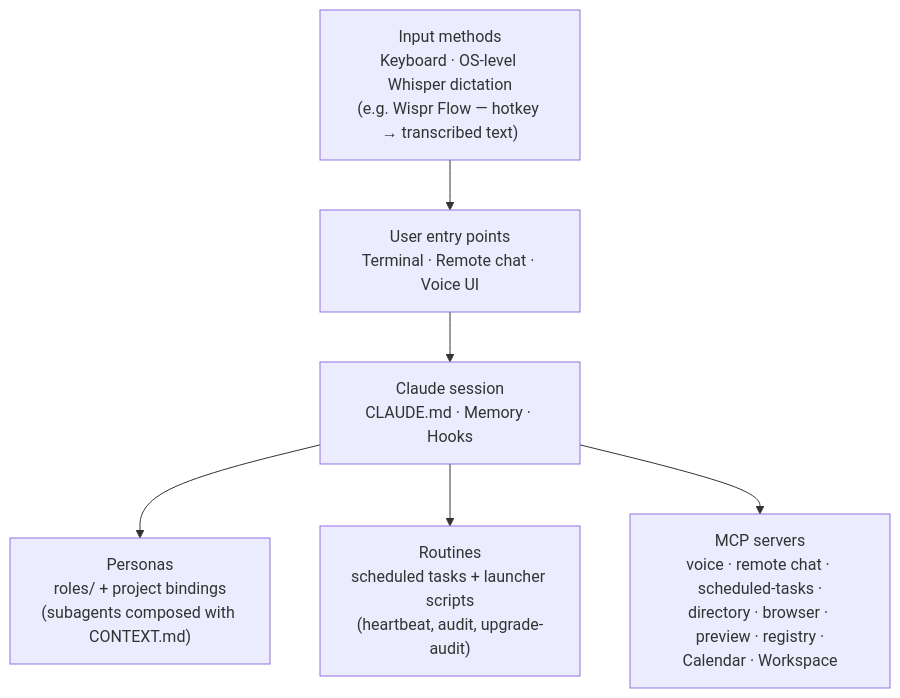
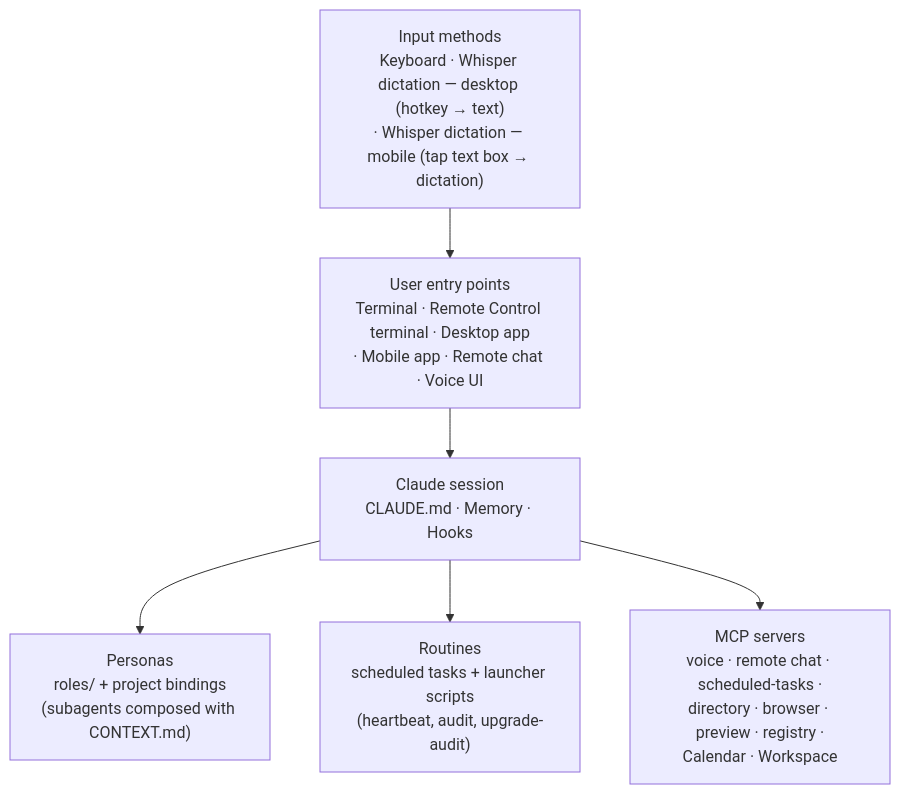
Before and after one commit to jimy-r/claude-workspace-architecture: the first of 3 diagrams in META_ARCHITECTURE.md, drawn with Mermaid. The commit also changed other lines of this file, not shown here.

First paragraph of the commit message:
docs(meta): expand dictation coverage to phone + Remote Control (#7)
* docs(meta): expand dictation coverage to phone + Remote Control

````diff
--- a/META_ARCHITECTURE.md
+++ b/META_ARCHITECTURE.md
@@ -41,14 +41,14 @@
 ```mermaid
 flowchart TB
-    I["Input methods<br/>Keyboard · OS-level Whisper dictation<br/>(e.g. Wispr Flow — hotkey → transcribed text)"]
-    E["User entry points<br/>Terminal · Remote chat · Voice UI"]
+    I["Input methods<br/>Keyboard · Whisper dictation — desktop (hotkey → text)<br/>· Whisper dictation — mobile (tap text box → dictation)"]
+    E["User entry points<br/>Terminal · Remote Control terminal · Desktop app<br/>· Mobile app · Remote chat · Voice UI"]
     S["Claude session<br/>CLAUDE.md · Memory · Hooks"]
     P["Personas<br/>roles/ + project bindings<br/>(subagents composed with CONTEXT.md)"]
     R["Routines<br/>scheduled tasks + launcher scripts<br/>(heartbeat, audit, upgrade-audit)"]
     M["MCP servers<br/>voice · remote chat · scheduled-tasks ·<br/>directory · browser · preview · registry ·<br/>Calendar · Workspace"]
     I --> E
     E --> S
     S --> P
     S --> R
     S --> M
 ```
````
